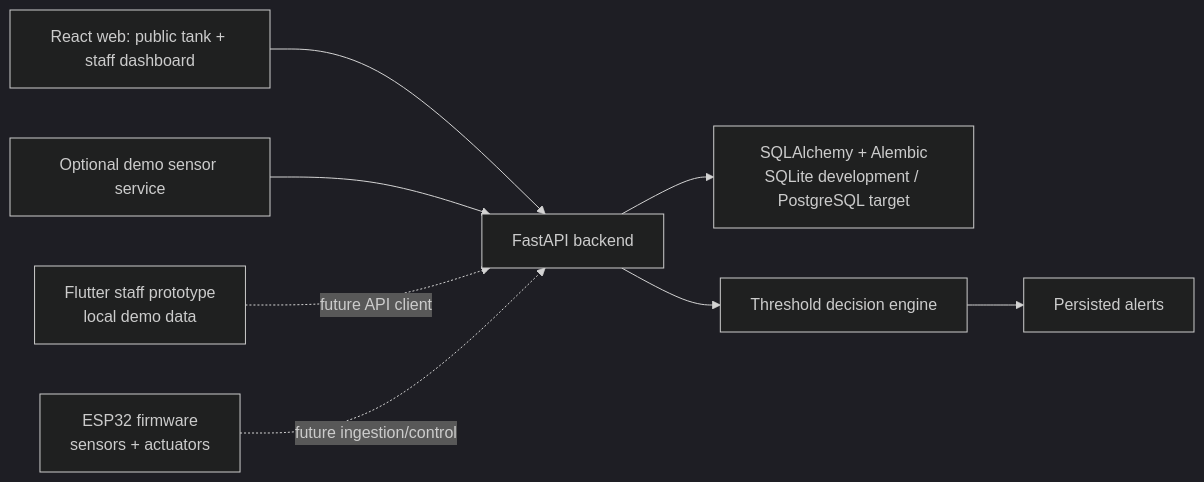
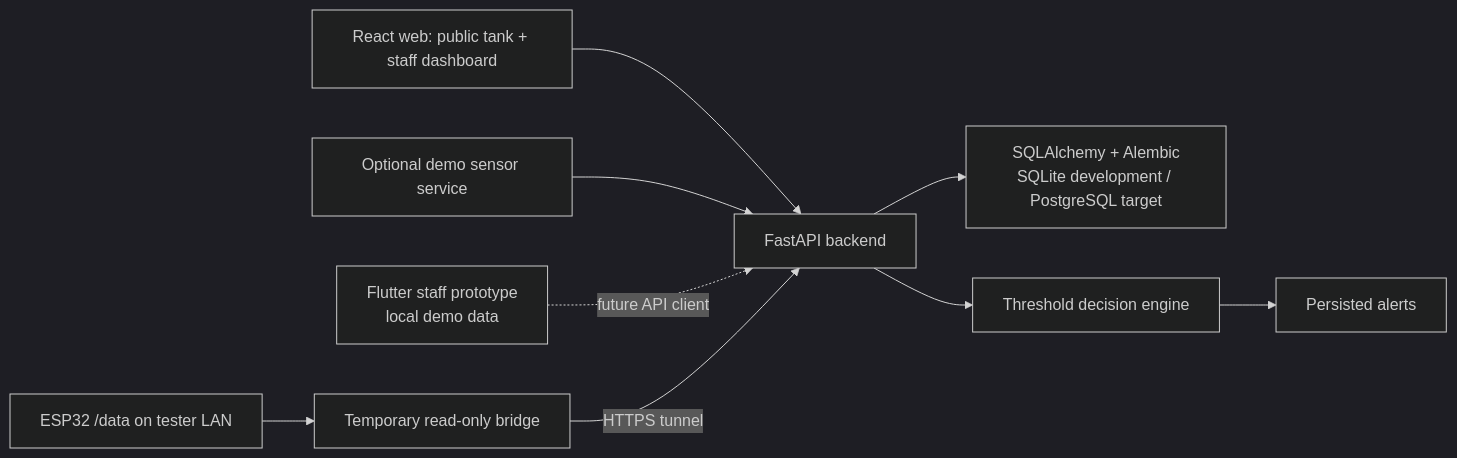
The diagram in docs/ARCHITECTURE.md (azure-cj/AquaLogic), drawn with Mermaid (dark theme) before and after one commit. The commit also changed other lines of this file and 32 other files, not shown here.

Commit message:
Add ESP32 bridge integration

````diff
--- a/docs/ARCHITECTURE.md
+++ b/docs/ARCHITECTURE.md
@@ -8,10 +8,11 @@
 ```mermaid
 flowchart LR
     Web["React web: public tank + staff dashboard"] --> API["FastAPI backend"]
     API --> DB["SQLAlchemy + Alembic\nSQLite development / PostgreSQL target"]
     API --> Rules["Threshold decision engine"]
     Rules --> Alerts["Persisted alerts"]
     Demo["Optional demo sensor service"] --> API
     Mobile["Flutter staff prototype\nlocal demo data"] -. future API client .-> API
-    ESP["ESP32 firmware\nsensors + actuators"] -. future ingestion/control .-> API
+    ESP["ESP32 /data on tester LAN"] --> Bridge["Temporary read-only bridge"]
+    Bridge -->|"HTTPS tunnel"| API
 ```
````
